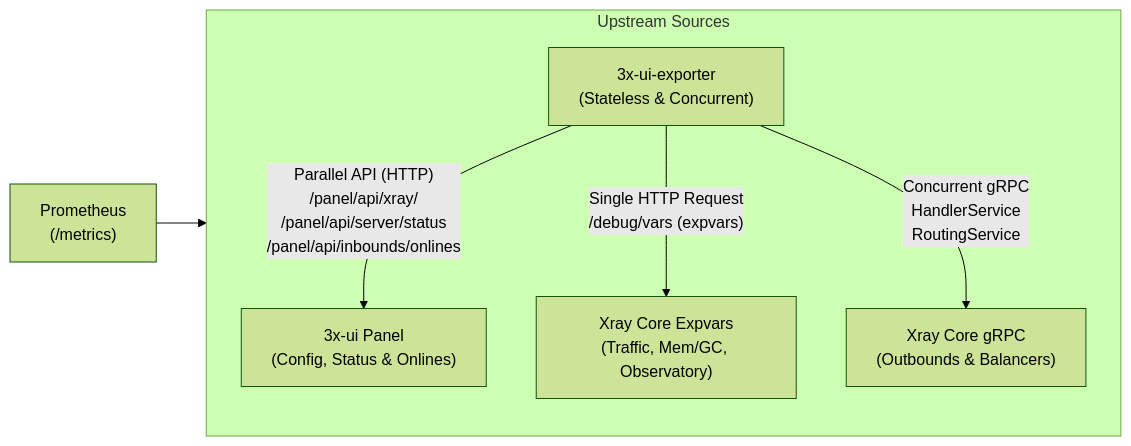
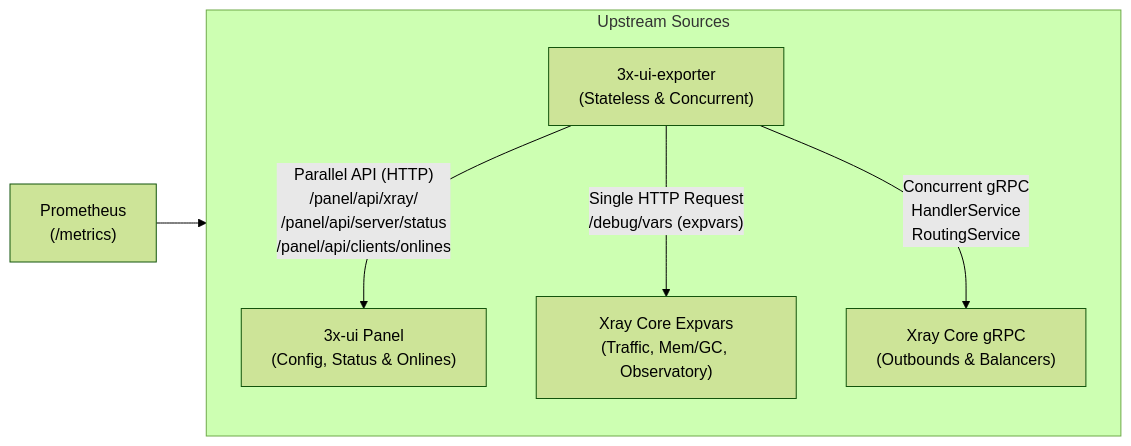
The diagram in README.md (nike38rus/3x-ui-exporter), drawn with Mermaid (forest theme) before and after one commit. The commit also changed other lines of this file and 3 other files, not shown here.

Commit message:
Fix onlines endpoint to /panel/api/clients/onlines and add error logging

````diff
--- a/README.md
+++ b/README.md
@@ -74,11 +74,11 @@
 ```mermaid
 flowchart LR
     Prom["Prometheus\n(/metrics)"] --> Exp["3x-ui-exporter\n(Stateless & Concurrent)"]
 
     subgraph "Upstream Sources"
         direction TB
-        Exp -->|"Parallel API (HTTP)\n/panel/api/xray/\n/panel/api/server/status\n/panel/api/inbounds/onlines"| Panel["3x-ui Panel\n(Config, Status & Onlines)"]
+        Exp -->|"Parallel API (HTTP)\n/panel/api/xray/\n/panel/api/server/status\n/panel/api/clients/onlines"| Panel["3x-ui Panel\n(Config, Status & Onlines)"]
         Exp -->|"Single HTTP Request\n/debug/vars (expvars)"| Expvars["Xray Core Expvars\n(Traffic, Mem/GC, Observatory)"]
         Exp -->|"Concurrent gRPC\nHandlerService\nRoutingService"| Core["Xray Core gRPC\n(Outbounds & Balancers)"]
     end
 ```
````
